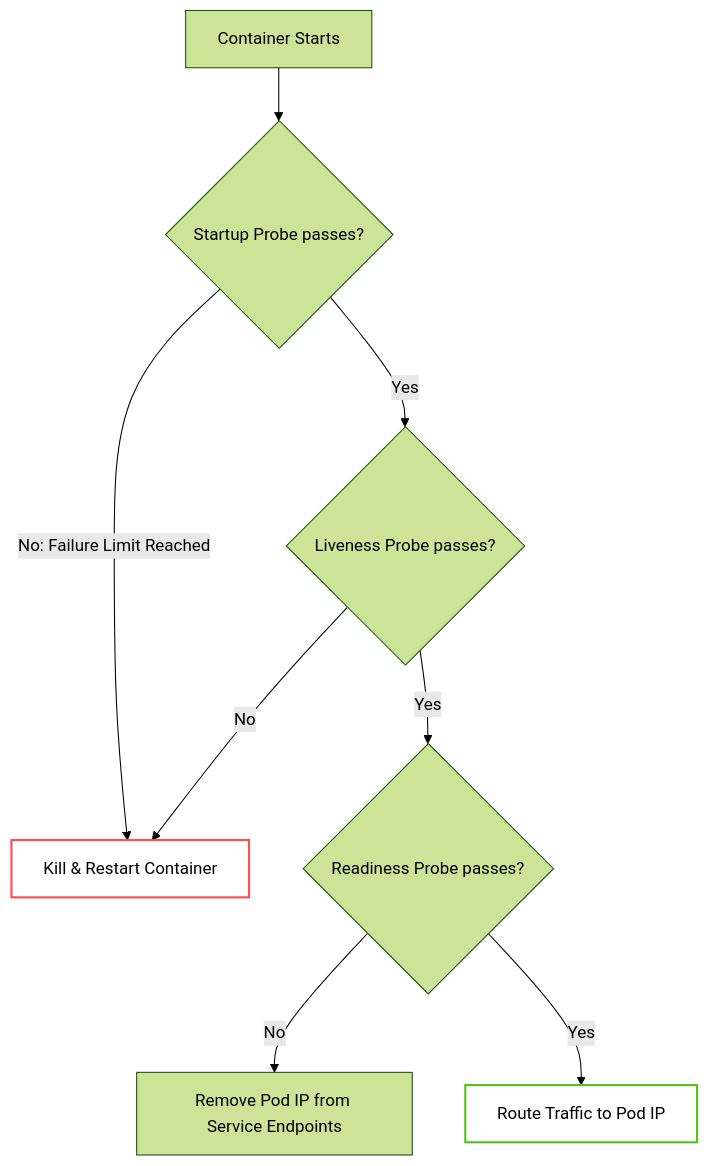
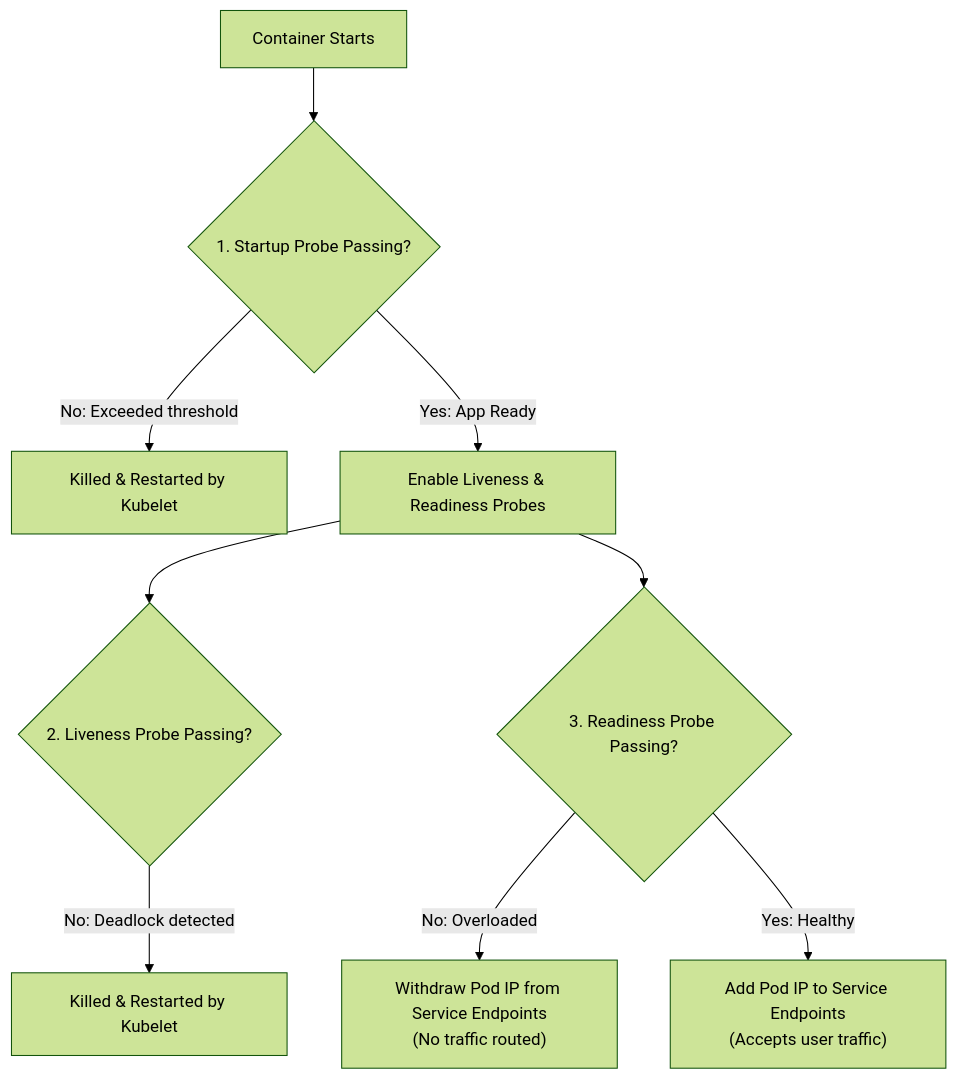
Before and after one commit to Rohit1024/kubernetes: the second of 3 diagrams in docs/lessons/0009-resources-probes-graceful-shutdown.md, drawn with Mermaid (forest theme). The commit also changed other lines of this file and 15 other files, not shown here.

Commit message:
refactor: restructure Kubernetes documentation with enhanced diagrams, simplified lesson templates, and a new manifest generator.

````diff
--- a/docs/lessons/0009-resources-probes-graceful-shutdown.md
+++ b/docs/lessons/0009-resources-probes-graceful-shutdown.md
@@ -42,15 +49,13 @@
 ```mermaid
 graph TD
-    Start["Container Starts"] --> Startup{"Startup Probe passes?"}
-    Startup -->|No: Failure Limit Reached| Restart["Kill & Restart Container"]
-    Startup -->|Yes| Liveness{"Liveness Probe passes?"}
+    Start["Container Starts"] --> Startup{"1. Startup Probe Passing?"}
+    Startup -->|No: Exceeded threshold| Kill1["Killed & Restarted by Kubelet"]
+    Startup -->|Yes: App Ready| ActiveProbes["Enable Liveness & Readiness Probes"]
     
-    Liveness -->|No| Restart
-    Liveness -->|Yes| Readiness{"Readiness Probe passes?"}
+    ActiveProbes --> Liveness{"2. Liveness Probe Passing?"}
+    Liveness -->|No: Deadlock detected| Kill2["Killed & Restarted by Kubelet"]
     
-    Readiness -->|No| RemoveEndpoint["Remove Pod IP from Service Endpoints"]
-    Readiness -->|Yes| AddEndpoint["Route Traffic to Pod IP"]
-
-    style Restart fill:none,stroke:#ff4d4f,stroke-width:2px;
-    style AddEndpoint fill:none,stroke:#52c41a,stroke-width:2px;
+    ActiveProbes --> Readiness{"3. Readiness Probe Passing?"}
+    Readiness -->|No: Overloaded| PullEndpoint["Withdraw Pod IP from Service Endpoints\n(No traffic routed)"]
+    Readiness -->|Yes: Healthy| AddEndpoint["Add Pod IP to Service Endpoints\n(Accepts user traffic)"]
 ```
````
